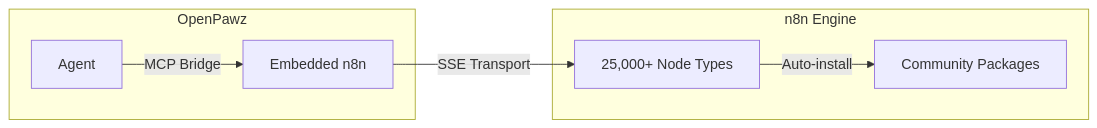
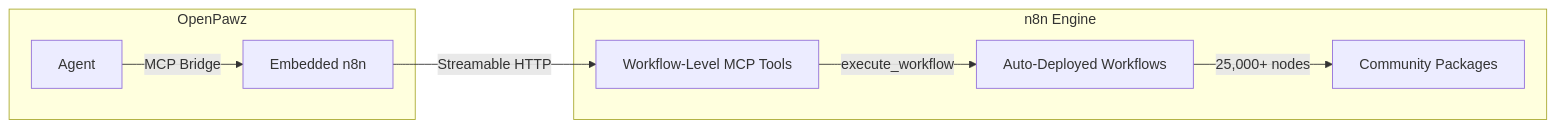
One commit to elisplash/paw changed the first of 3 diagrams in guides/n8n.mdx. Above: the diagram before and after it, drawn with Mermaid. The commit also changed other lines of this file and 18 other files, not shown here.

First line of the commit message:
Update architecture for workflow-level MCP (not individual node tools)

````diff
--- a/guides/n8n.mdx
+++ b/guides/n8n.mdx
@@ -24,10 +24,11 @@
 ```mermaid actions={false}
 graph LR
     subgraph OpenPawz
         A["Agent"] -->|"MCP Bridge"| B["Embedded n8n"]
     end
     subgraph n8n Engine
-        B -->|"SSE Transport"| C["25,000+ Node Types"]
-        C -->|"Auto-install"| D["Community Packages"]
+        B -->|"Streamable HTTP"| C["Workflow-Level MCP Tools"]
+        C -->|"execute_workflow"| D["Auto-Deployed Workflows"]
+        D -->|"25,000+ nodes"| E["Community Packages"]
     end
 ```
````
